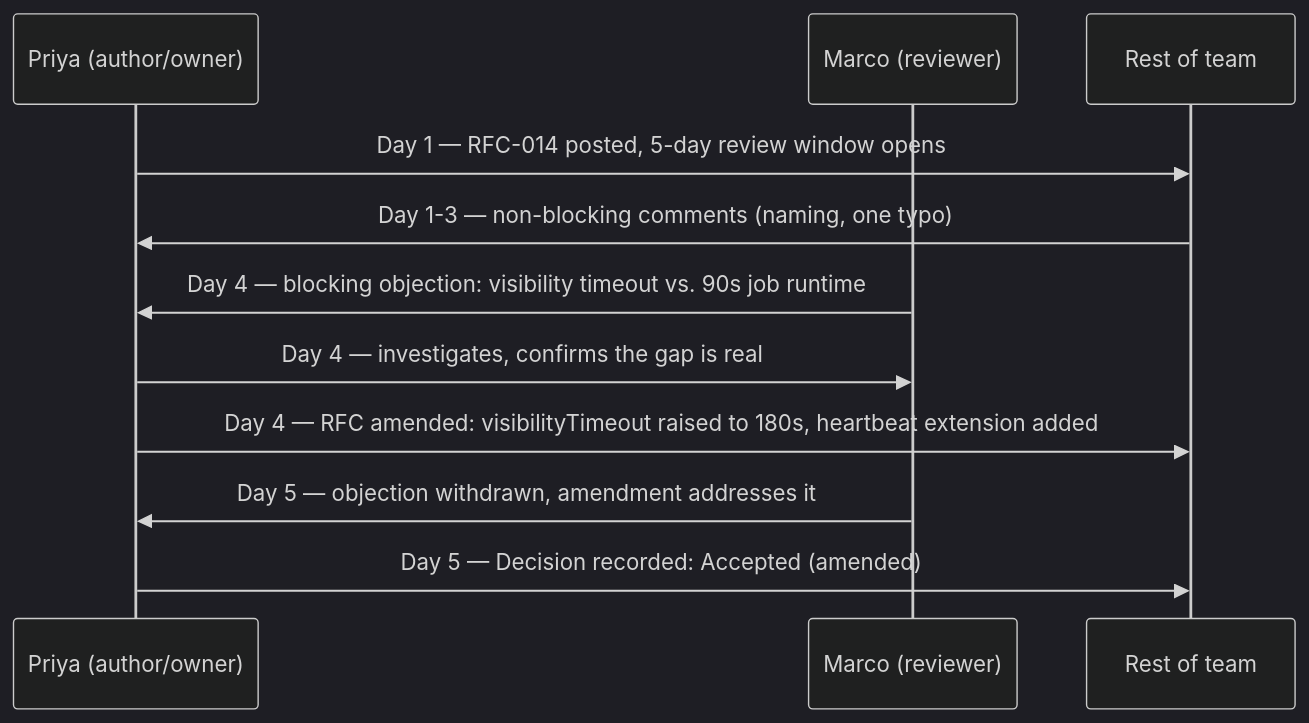
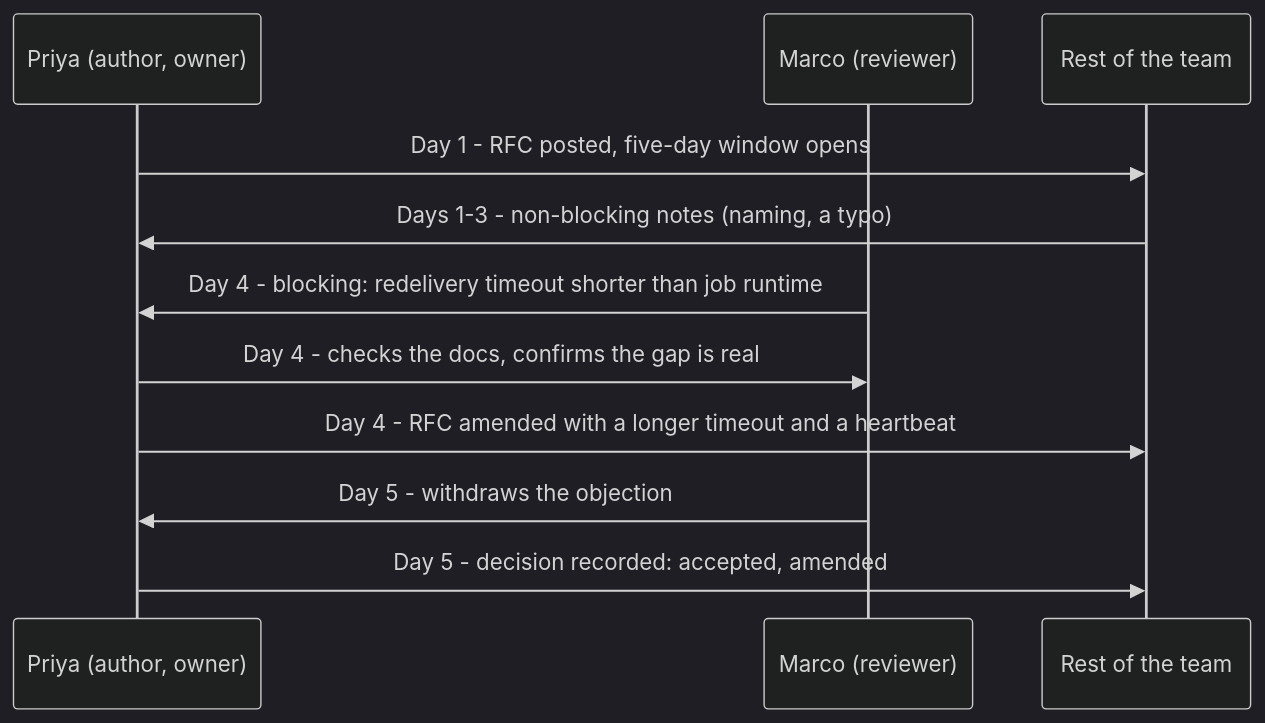
Before and after one commit to francoandreDev/knowledge: the diagram in src/content/git-teamwork/rfcs/L3-deep-dive.mdx, drawn with Mermaid (dark theme). The commit also changed other lines of this file and 3 other files, not shown here.

````diff
--- a/src/content/git-teamwork/rfcs/L3-deep-dive.mdx
+++ b/src/content/git-teamwork/rfcs/L3-deep-dive.mdx
@@ -102,13 +69,13 @@
 ```mermaid
 sequenceDiagram
-    participant P as Priya (author/owner)
+    participant P as Priya (author, owner)
     participant M as Marco (reviewer)
-    participant T as Rest of team
-    P->>T: Day 1 — RFC-014 posted, 5-day review window opens
-    T->>P: Day 1-3 — non-blocking comments (naming, one typo)
-    M->>P: Day 4 — blocking objection: visibility timeout vs. 90s job runtime
-    P->>M: Day 4 — investigates, confirms the gap is real
-    P->>T: Day 4 — RFC amended: visibilityTimeout raised to 180s, heartbeat extension added
-    M->>P: Day 5 — objection withdrawn, amendment addresses it
-    P->>T: Day 5 — Decision recorded: Accepted (amended)
+    participant T as Rest of the team
+    P->>T: Day 1 - RFC posted, five-day window opens
+    T->>P: Days 1-3 - non-blocking notes (naming, a typo)
+    M->>P: Day 4 - blocking: redelivery timeout shorter than job runtime
+    P->>M: Day 4 - checks the docs, confirms the gap is real
+    P->>T: Day 4 - RFC amended with a longer timeout and a heartbeat
+    M->>P: Day 5 - withdraws the objection
+    P->>T: Day 5 - decision recorded: accepted, amended
 ```
````
